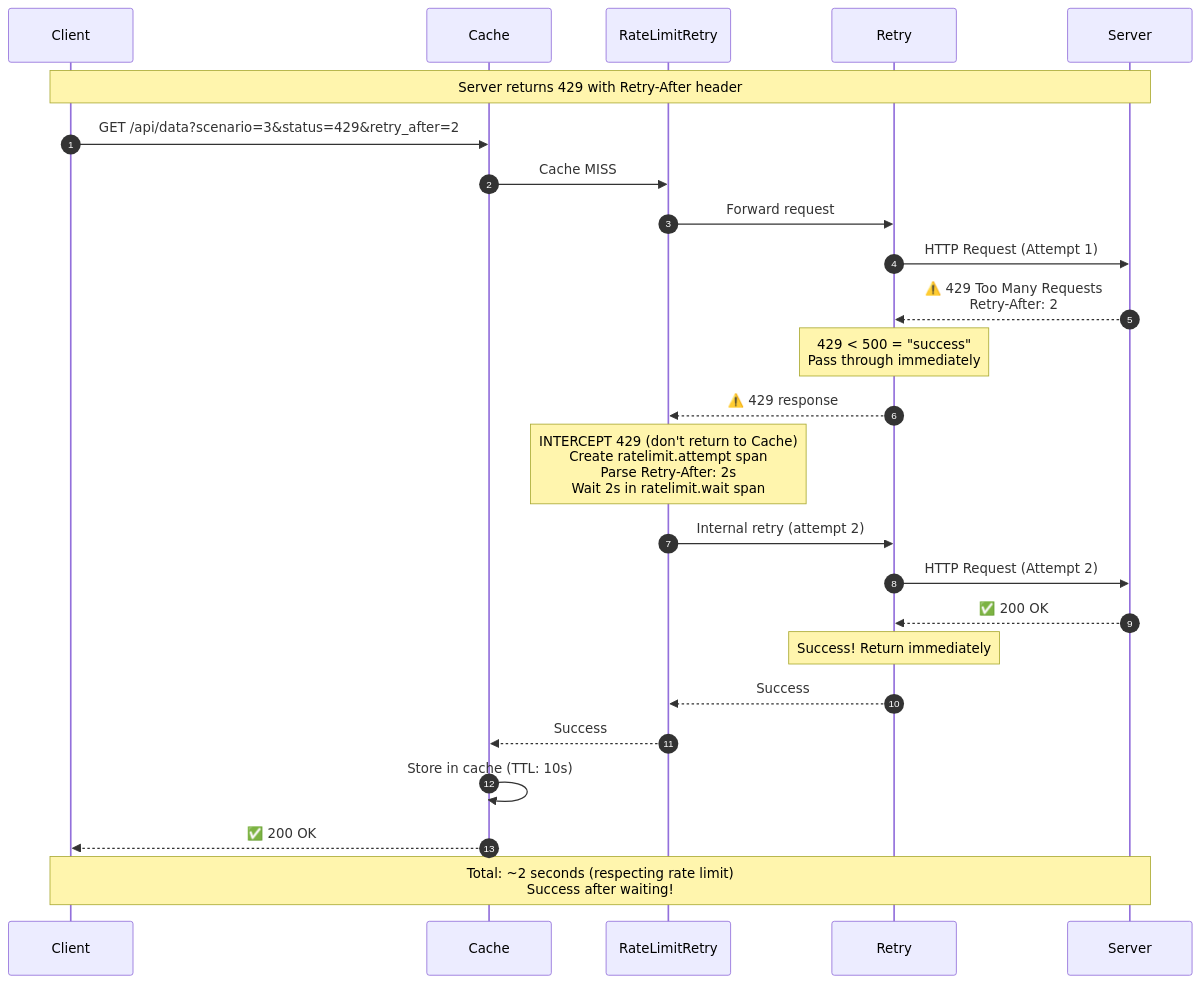
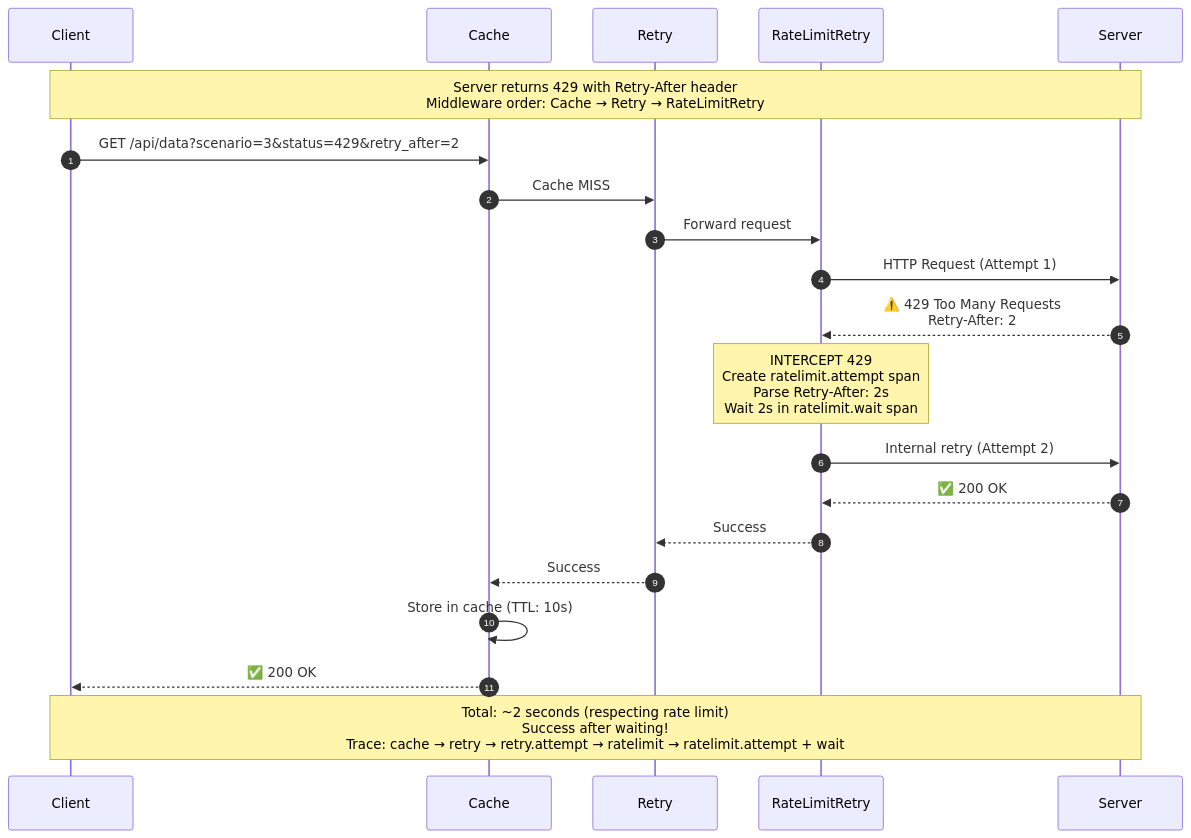
The diagram in diagrams/scenario-3-ratelimit-demo.md (halyph/mindflow-http-middleware-patterns), drawn with Mermaid before and after one commit. The commit also changed 11 other files, not shown here.

Commit message:
updated middleware order

````diff
--- a/diagrams/scenario-3-ratelimit-demo.md
+++ b/diagrams/scenario-3-ratelimit-demo.md
@@ -3,34 +3,30 @@
 ```mermaid
 sequenceDiagram
     autonumber
     participant Client
     participant Cache
+    participant Retry
     participant RateLimitRetry
-    participant Retry
     participant Server
 
-    Note over Client,Server: Server returns 429 with Retry-After header
+    Note over Client,Server: Server returns 429 with Retry-After header<br/>Middleware order: Cache → Retry → RateLimitRetry
 
     Client->>Cache: GET /api/data?scenario=3&status=429&retry_after=2
-    Cache->>RateLimitRetry: Cache MISS
+    Cache->>Retry: Cache MISS
+    Retry->>RateLimitRetry: Forward request
 
     %% First attempt - Rate Limited
-    RateLimitRetry->>Retry: Forward request
-    Retry->>Server: HTTP Request (Attempt 1)
-    Server-->>Retry: ⚠️ 429 Too Many Requests<br/>Retry-After: 2
-    Note over Retry: 429 < 500 = "success"<br/>Pass through immediately
-    Retry-->>RateLimitRetry: ⚠️ 429 response
-    Note over RateLimitRetry: INTERCEPT 429 (don't return to Cache)<br/>Create ratelimit.attempt span<br/>Parse Retry-After: 2s<br/>Wait 2s in ratelimit.wait span
+    RateLimitRetry->>Server: HTTP Request (Attempt 1)
+    Server-->>RateLimitRetry: ⚠️ 429 Too Many Requests<br/>Retry-After: 2
+    Note over RateLimitRetry: INTERCEPT 429<br/>Create ratelimit.attempt span<br/>Parse Retry-After: 2s<br/>Wait 2s in ratelimit.wait span
 
     %% Second attempt - Success
-    RateLimitRetry->>Retry: Internal retry (attempt 2)
-    Retry->>Server: HTTP Request (Attempt 2)
-    Server-->>Retry: ✅ 200 OK
-    Note over Retry: Success! Return immediately
-    Retry-->>RateLimitRetry: Success
-    RateLimitRetry-->>Cache: Success
+    RateLimitRetry->>Server: Internal retry (Attempt 2)
+    Server-->>RateLimitRetry: ✅ 200 OK
+    RateLimitRetry-->>Retry: Success
+    Retry-->>Cache: Success
     Cache->>Cache: Store in cache (TTL: 10s)
     Cache-->>Client: ✅ 200 OK
 
-    Note over Client,Server: Total: ~2 seconds (respecting rate limit)<br/>Success after waiting!
+    Note over Client,Server: Total: ~2 seconds (respecting rate limit)<br/>Success after waiting!<br/>Trace: cache → retry → retry.attempt → ratelimit → ratelimit.attempt + wait
 ```
````
